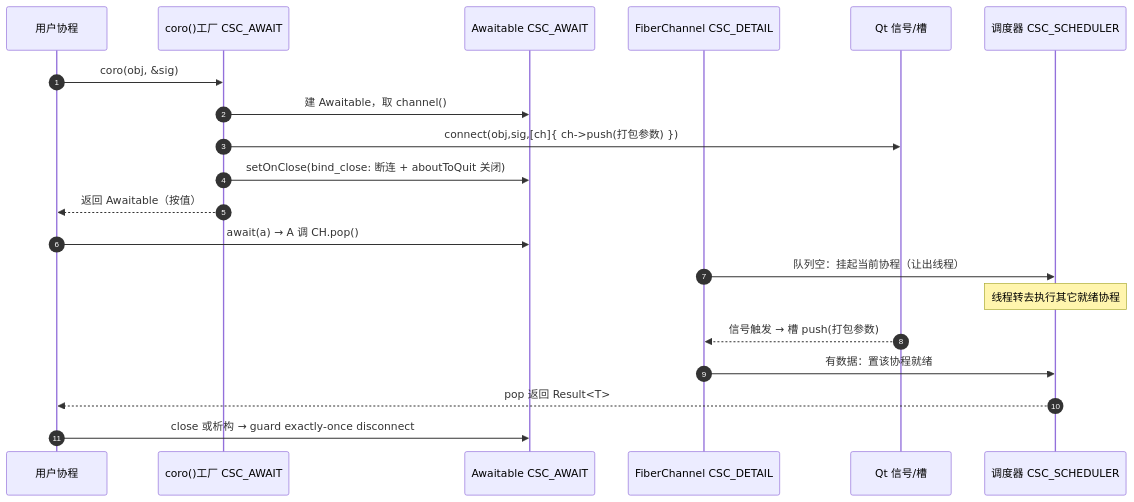
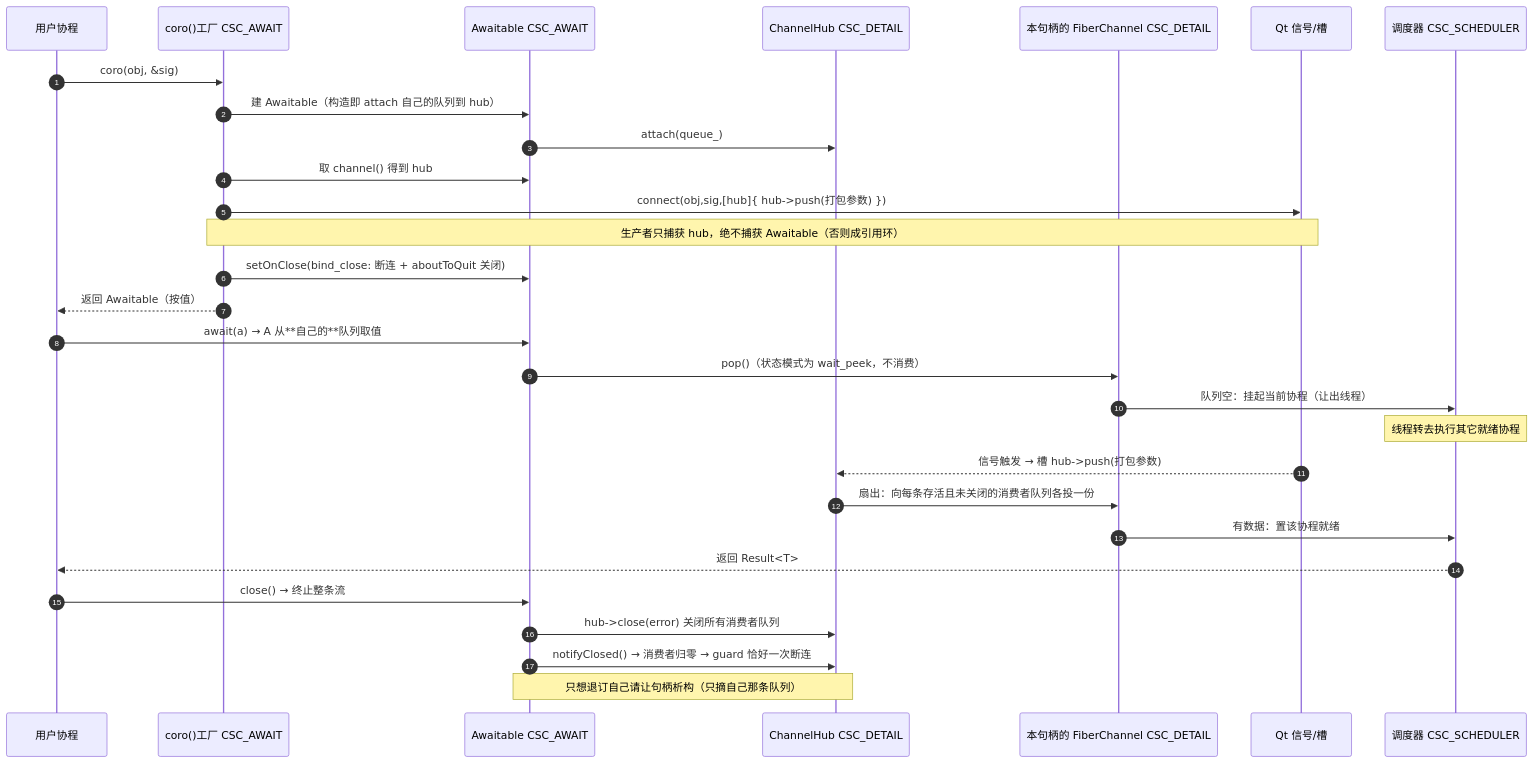
One commit to Ste7an-cs/AsyncTask changed the diagram in doc/img/sdd-09-ms_signal_await.mmd. Above: the diagram before and after it, drawn with Mermaid. The commit also changed 9 other files, not shown here.

First line of the commit message:
docs: 按 ChannelHub 与状态模式重画全部相关图表

```diff
--- a/doc/img/sdd-09-ms_signal_await.mmd
+++ b/doc/img/sdd-09-ms_signal_await.mmd
@@ -1,21 +1,33 @@
 sequenceDiagram
     autonumber
     participant U as 用户协程
     participant F as coro()工厂 CSC_AWAIT
     participant A as Awaitable CSC_AWAIT
-    participant CH as FiberChannel CSC_DETAIL
-    participant Q as Qt 信号/槽
+    participant H as ChannelHub CSC_DETAIL
+    participant Q as 本句柄的 FiberChannel CSC_DETAIL
+    participant Qt as Qt 信号/槽
     participant S as 调度器 CSC_SCHEDULER
 
     U->>F: coro(obj, &sig)
-    F->>A: 建 Awaitable，取 channel()
-    F->>Q: connect(obj,sig,[ch]{ ch->push(打包参数) })
+    F->>A: 建 Awaitable（构造即 attach 自己的队列到 hub）
+    A->>H: attach(queue_)
+    F->>A: 取 channel() 得到 hub
+    F->>Qt: connect(obj,sig,[hub]{ hub->push(打包参数) })
+    Note over F,Qt: 生产者只捕获 hub，绝不捕获 Awaitable（否则成引用环）
     F->>A: setOnClose(bind_close: 断连 + aboutToQuit 关闭)
     F-->>U: 返回 Awaitable（按值）
-    U->>A: await(a) → A 调 CH.pop()
-    CH->>S: 队列空：挂起当前协程（让出线程）
+
+    U->>A: await(a) → A 从**自己的**队列取值
+    A->>Q: pop()（状态模式为 wait_peek，不消费）
+    Q->>S: 队列空：挂起当前协程（让出线程）
     Note over S: 线程转去执行其它就绪协程
-    Q-->>CH: 信号触发 → 槽 push(打包参数)
-    CH->>S: 有数据：置该协程就绪
-    S-->>U: pop 返回 Result<T>
-    U->>A: close 或析构 → guard exactly-once disconnect
+
+    Qt-->>H: 信号触发 → 槽 hub->push(打包参数)
+    H->>Q: 扇出：向每条存活且未关闭的消费者队列各投一份
+    Q->>S: 有数据：置该协程就绪
+    S-->>U: 返回 Result<T>
+
+    U->>A: close() → 终止整条流
+    A->>H: hub->close(error) 关闭所有消费者队列
+    A->>H: notifyClosed() → 消费者归零 → guard 恰好一次断连
+    Note over A,H: 只想退订自己请让句柄析构（只摘自己那条队列）
```
